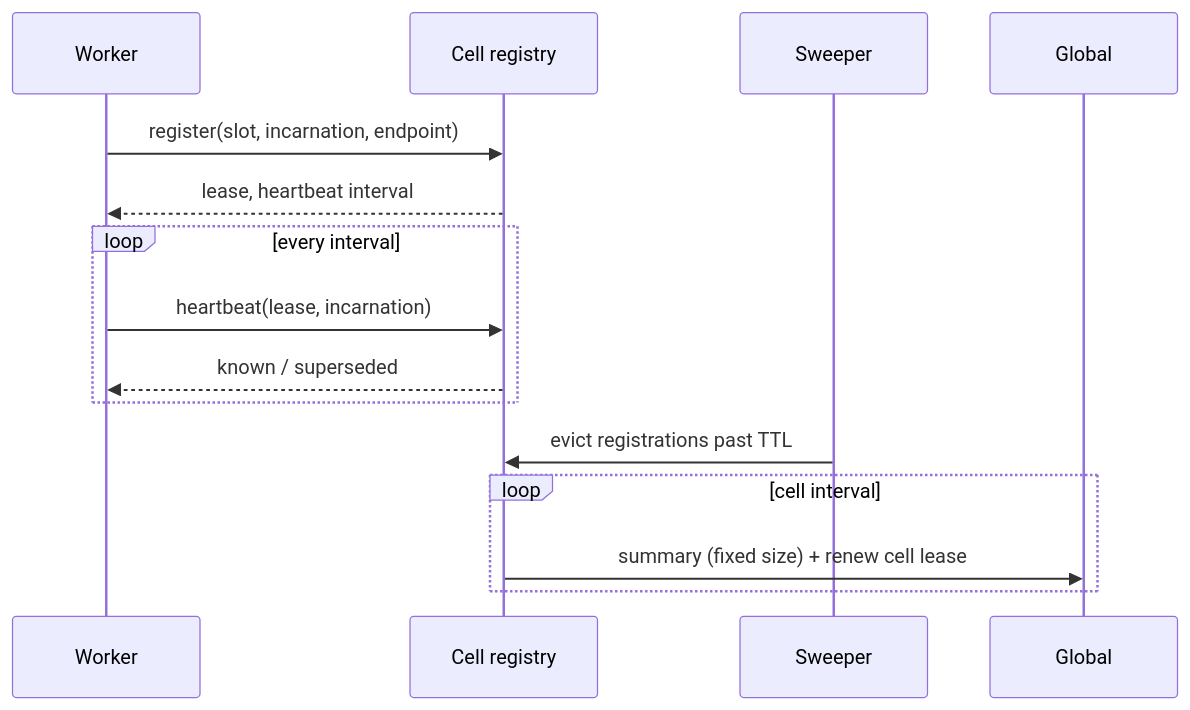
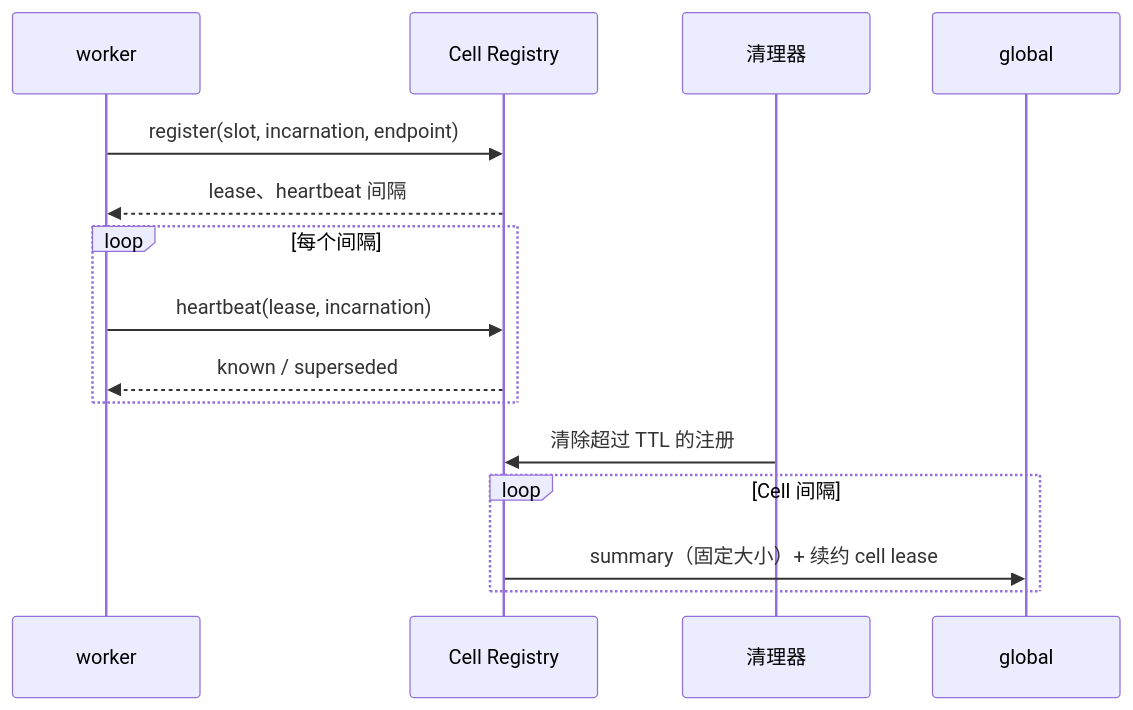
The second of 2 diagrams in docs/03-modules/02-membership.md (HSPK/tinyray), drawn with Mermaid before and after one commit. The commit also changed other lines of this file and 33 other files, not shown here.

````diff
--- a/docs/03-modules/02-membership.md
+++ b/docs/03-modules/02-membership.md
@@ -95,18 +89,18 @@
 ```mermaid
 sequenceDiagram
-    participant W as Worker
-    participant R as Cell registry
-    participant S as Sweeper
-    participant G as Global
+    participant W as worker
+    participant R as Cell Registry
+    participant S as 清理器
+    participant G as global
 
     W->>R: register(slot, incarnation, endpoint)
-    R-->>W: lease, heartbeat interval
-    loop every interval
+    R-->>W: lease、heartbeat 间隔
+    loop 每个间隔
         W->>R: heartbeat(lease, incarnation)
         R-->>W: known / superseded
     end
-    S->>R: evict registrations past TTL
-    loop cell interval
-        R->>G: summary (fixed size) + renew cell lease
+    S->>R: 清除超过 TTL 的注册
+    loop Cell 间隔
+        R->>G: summary（固定大小）+ 续约 cell lease
     end
 ```
````
